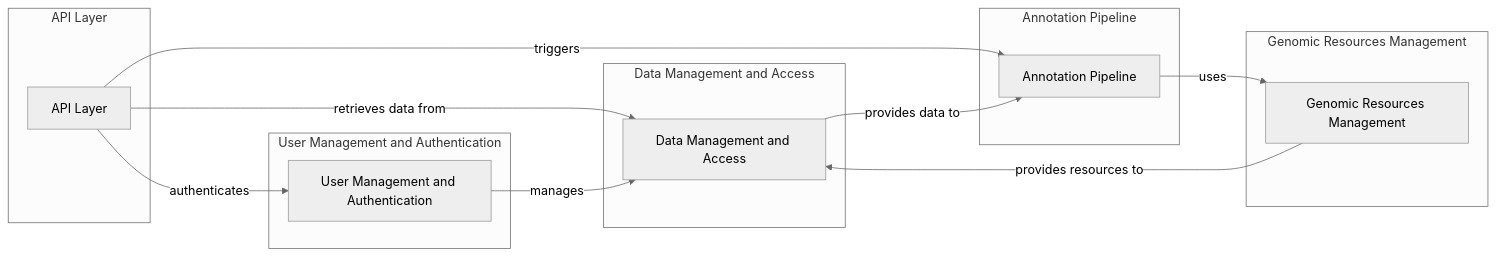
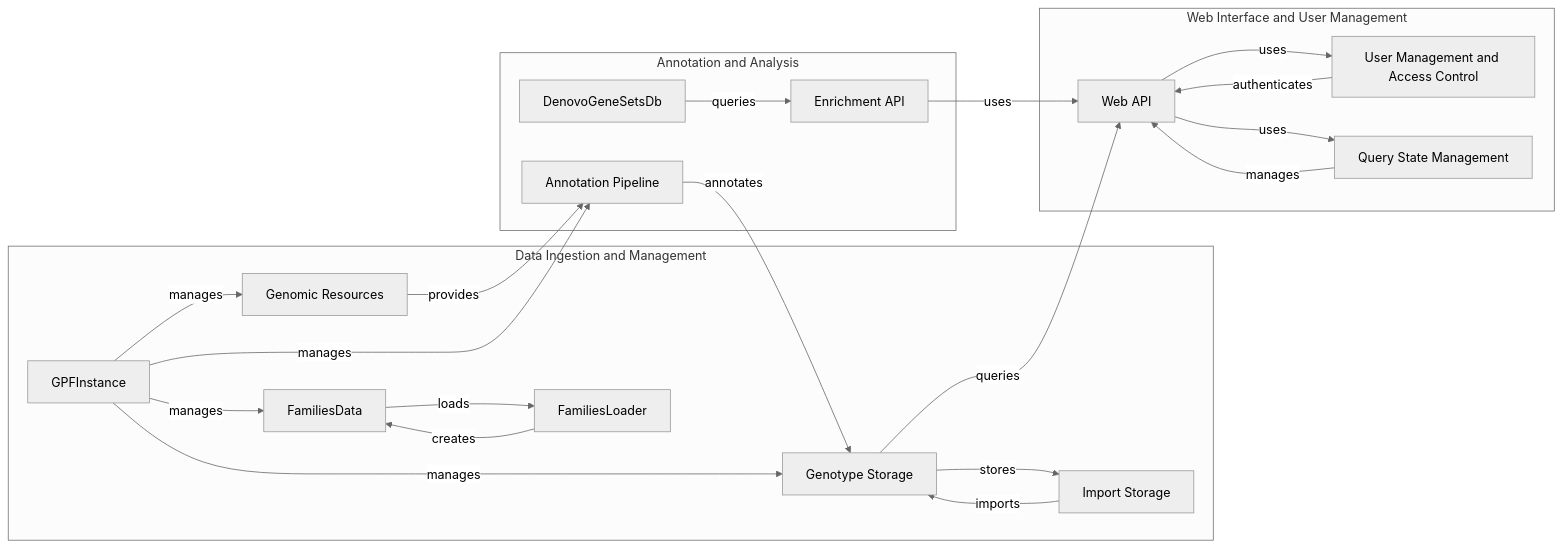
Before and after one commit to CodeBoarding/GeneratedOnBoardings: the diagram in gpf/on_boarding.md, drawn with Mermaid (neutral theme). The commit also changed other lines of this file and 2 other files, not shown here.

Commit message:
Uploading onboarding materials for gpf

````diff
--- a/gpf/on_boarding.md
+++ b/gpf/on_boarding.md
@@ -9,30 +9,41 @@
 ```mermaid
 graph LR
-    subgraph Data Management and Access
-        A[Data Management and Access]
+    subgraph Data Ingestion and Management
+        A[Genomic Resources]
+        B[FamiliesData]
+        C[FamiliesLoader]
+        D[GPFInstance]
+        E[Genotype Storage]
+        F[Import Storage]
     end
 
-    subgraph API Layer
-        B[API Layer]
+    subgraph Annotation and Analysis
+        G[Annotation Pipeline]
+        H[DenovoGeneSetsDb]
+        I[Enrichment API]
     end
 
-    subgraph Annotation Pipeline
-        C[Annotation Pipeline]
+    subgraph Web Interface and User Management
+        J[Web API]
+        K[User Management and Access Control]
+        L[Query State Management]
     end
 
-    subgraph User Management and Authentication
-        D[User Management and Authentication]
-    end
-
-    subgraph Genomic Resources Management
-        E[Genomic Resources Management]
-    end
-
-    B -- retrieves data from --> A
-    B -- triggers --> C
-    B -- authenticates --> D
-    C -- uses --> E
-    A -- provides data to --> C
-    D -- manages --> A
-    E -- provides resources to --> A
+    A--provides-->G
+    B--loads-->C
+    C--creates-->B
+    D--manages-->A
+    D--manages-->B
+    D--manages-->E
+    D--manages-->G
+    E--stores-->F
+    F--imports-->E
+    G--annotates-->E
+    E--queries-->J
+    H--queries-->I
+    I--uses-->J
+    J--uses-->K
+    J--uses-->L
+    K--authenticates-->J
+    L--manages-->J
 ```
````
